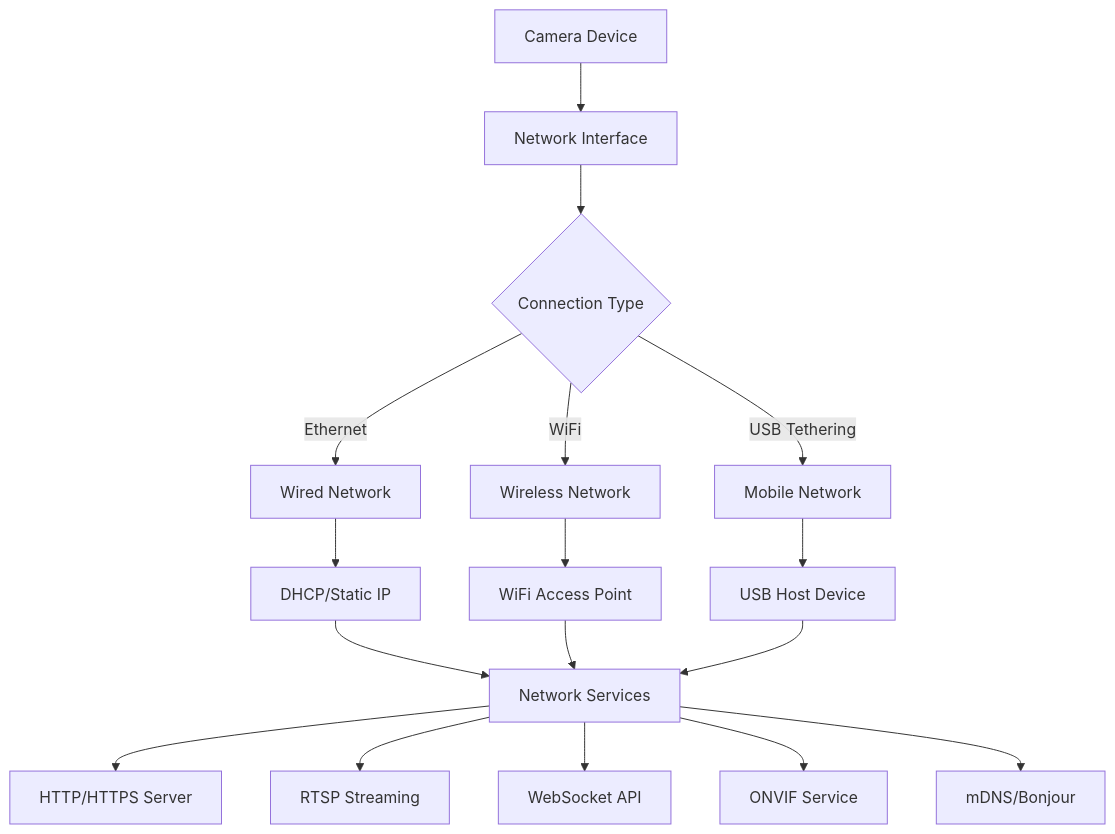
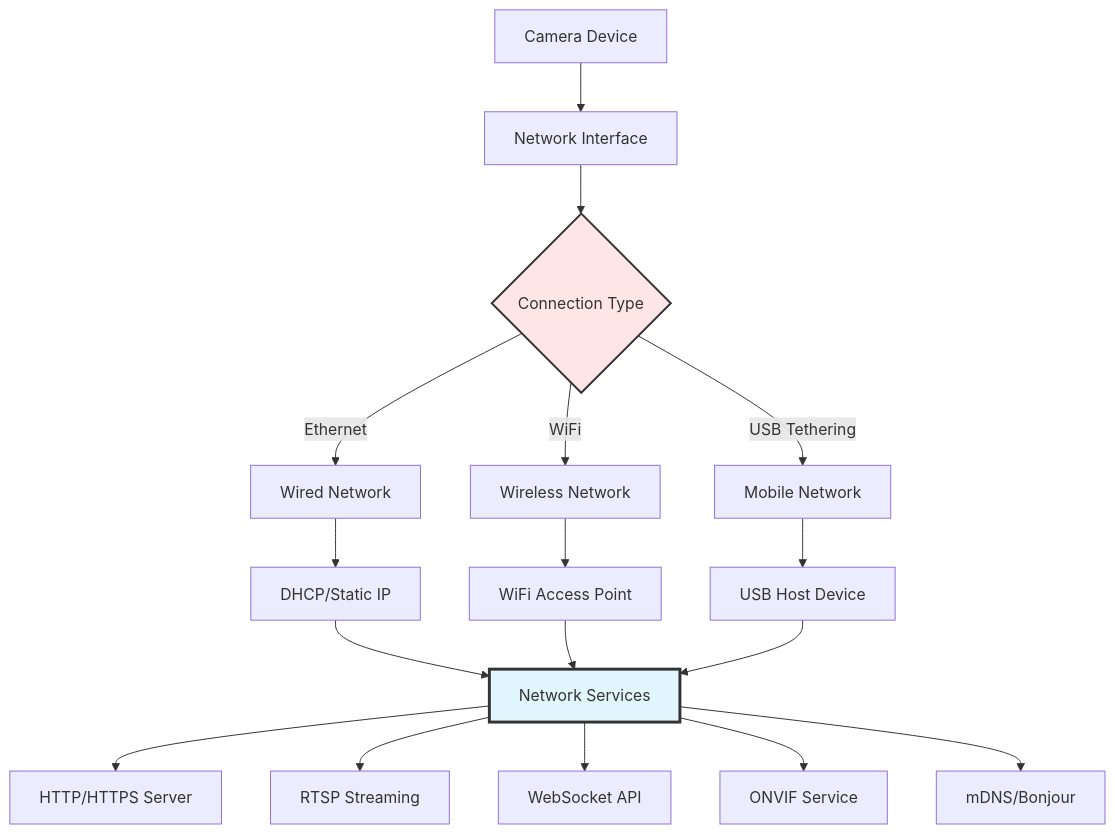
One commit to JayeshKakkad-Rotoclear/Rotoclear-C-Pro-Docs changed the diagram in docs/configuration/network.md. Above: the diagram before and after it, drawn with Mermaid. The commit also changed 14 other files, not shown here.

Commit message:
Improve Mermaid diagram formatting for better presentation - Added better spacing, styling, and layout - Enhanced readability with color coding and proper node alignment - Improved subgraph organization - Better decision tree layouts

````diff
--- a/docs/configuration/network.md
+++ b/docs/configuration/network.md
@@ -9,22 +9,26 @@
 ```mermaid
 graph TB
     A[Camera Device] --> B[Network Interface]
     B --> C{Connection Type}
+    
     C -->|Ethernet| D[Wired Network]
     C -->|WiFi| E[Wireless Network]
     C -->|USB Tethering| F[Mobile Network]
     
     D --> G[DHCP/Static IP]
     E --> H[WiFi Access Point]
     F --> I[USB Host Device]
     
     G --> J[Network Services]
     H --> J
     I --> J
     
     J --> K[HTTP/HTTPS Server]
     J --> L[RTSP Streaming]
     J --> M[WebSocket API]
     J --> N[ONVIF Service]
     J --> O[mDNS/Bonjour]
+    
+    style C fill:#ffe6e6,stroke:#333,stroke-width:2px
+    style J fill:#e1f5ff,stroke:#333,stroke-width:3px
 ```
````
